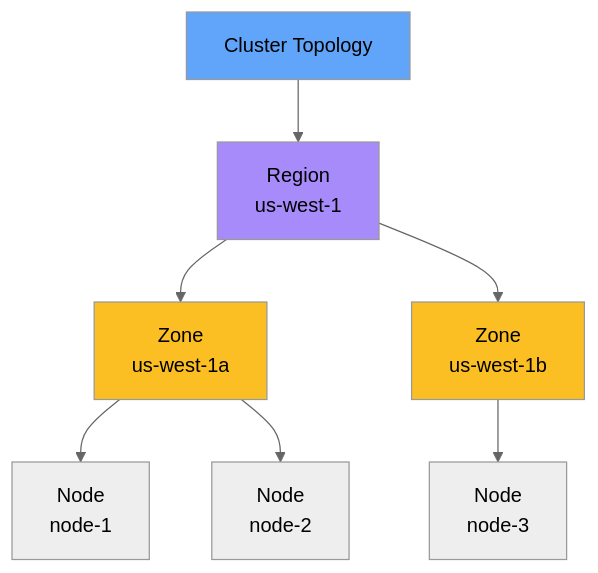
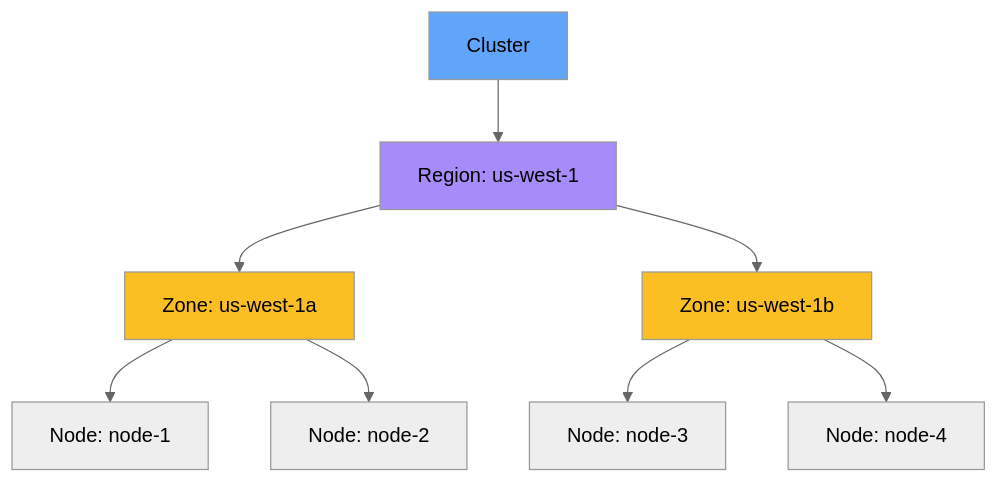
The fourth of 8 diagrams in slides/affinity/slides.md (courselabs/kubernetes), drawn with Mermaid (neutral theme) before and after one commit. The commit also changed other lines of this file and 7 other files, not shown here.

````diff
--- a/slides/affinity/slides.md
+++ b/slides/affinity/slides.md
@@ -212,14 +224,14 @@
 ```mermaid
 graph TB
-    C[Cluster Topology]
-    C --> R[Region<br/>us-west-1]
-    R --> Z1[Zone<br/>us-west-1a]
-    R --> Z2[Zone<br/>us-west-1b]
-    Z1 --> N1[Node<br/>node-1]
-    Z1 --> N2[Node<br/>node-2]
-    Z2 --> N3[Node<br/>node-3]
+    C[Cluster] --> R[Region: us-west-1]
+    R --> Z1[Zone: us-west-1a]
+    R --> Z2[Zone: us-west-1b]
+    Z1 --> N1[Node: node-1]
+    Z1 --> N2[Node: node-2]
+    Z2 --> N3[Node: node-3]
+    Z2 --> N4[Node: node-4]
     style C fill:#60a5fa
     style R fill:#a78bfa
     style Z1 fill:#fbbf24
     style Z2 fill:#fbbf24
 ```
````
